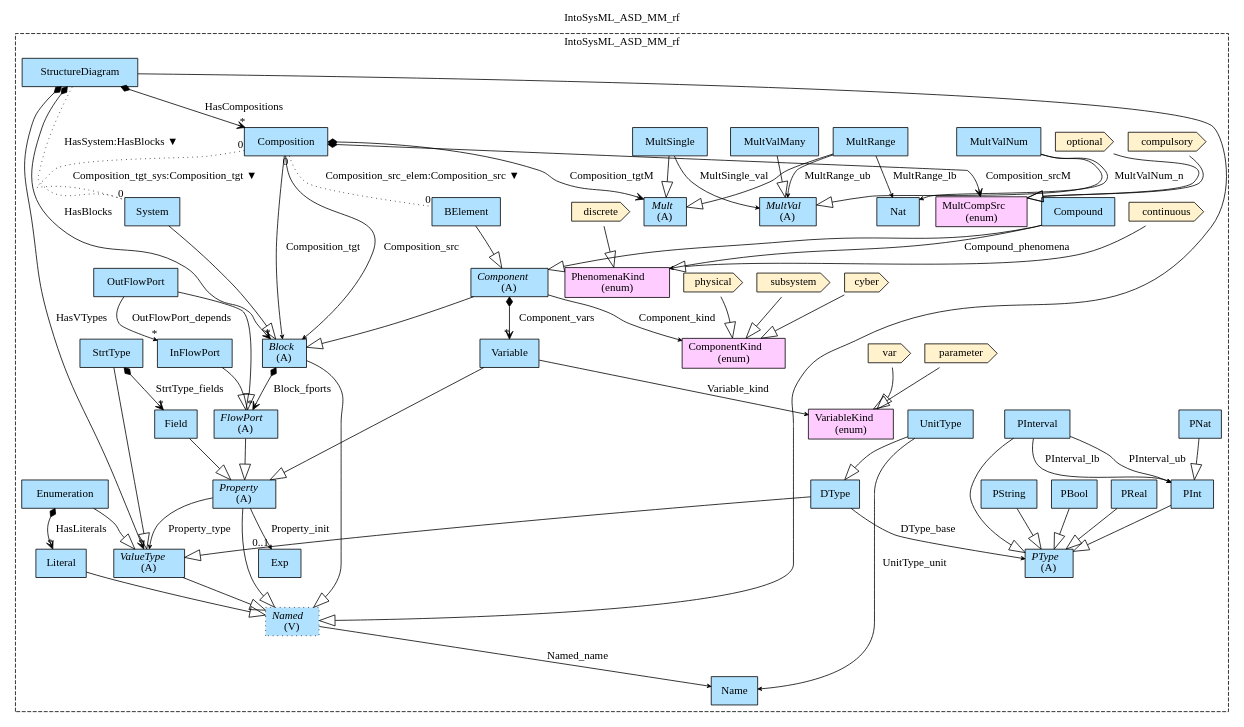
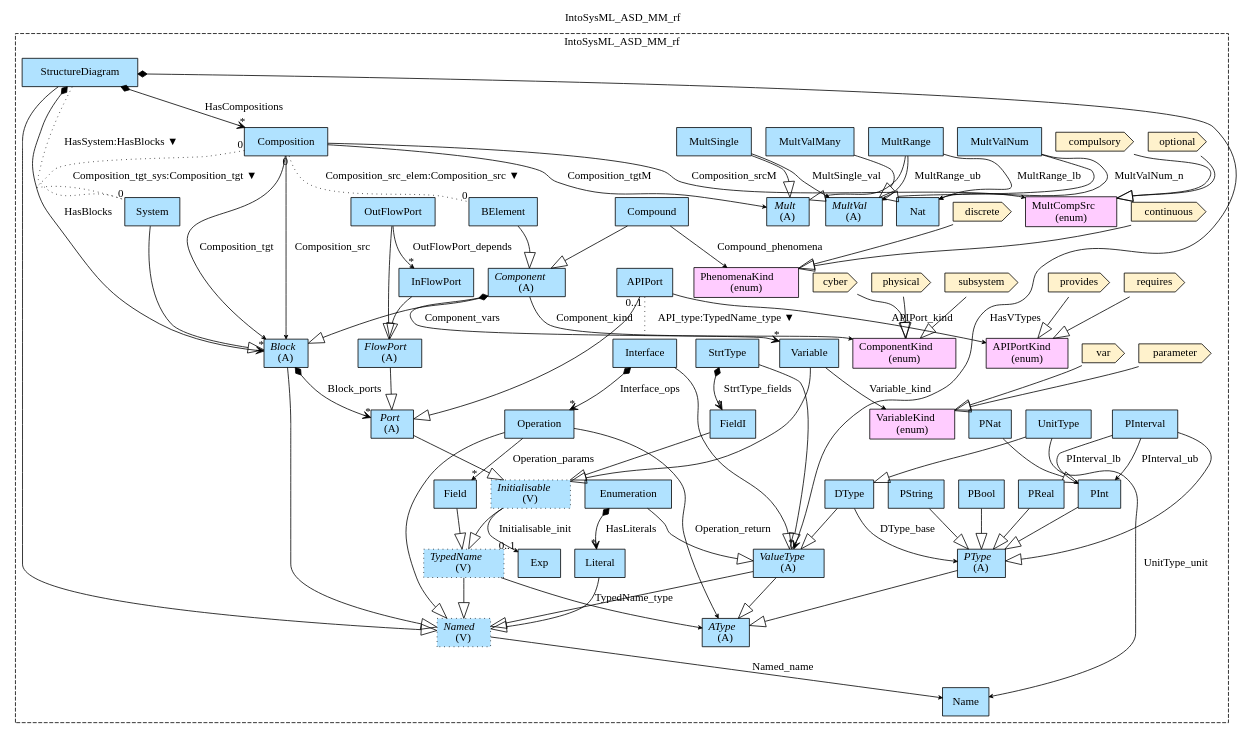
Before and after one commit to namalio/Fragmenta: the diagram in Haskell/IntoSysML/MM/img/IntoSysML_ASD_MM_rf.gv, drawn with Graphviz. The commit also changed 129 other files, not shown here.

```diff
--- a/Haskell/IntoSysML/MM/img/IntoSysML_ASD_MM_rf.gv
+++ b/Haskell/IntoSysML/MM/img/IntoSysML_ASD_MM_rf.gv
@@ -1,121 +1,146 @@
 digraph {graph[label=IntoSysML_ASD_MM_rf,labelloc=tl,labelfontsize=12];
 subgraph cluster_IntoSysML_ASD_MM_rf{style=dashed;label=IntoSysML_ASD_MM_rf;
 "PNat"[shape=record,fillcolor=lightskyblue1,style = filled,label="PNat"];
 "PReal"[shape=record,fillcolor=lightskyblue1,style = filled,label="PReal"];
 "PBool"[shape=record,fillcolor=lightskyblue1,style = filled,label="PBool"];
 "PString"[shape=record,fillcolor=lightskyblue1,style = filled,label="PString"];
 "PInterval"[shape=record,fillcolor=lightskyblue1,style = filled,label="PInterval"];
 "PInt"[shape=record,fillcolor=lightskyblue1,style = filled,label="PInt"];
 "var"[shape=cds,fillcolor="#FFF2CC",style = filled,label="var"];
 "parameter"[shape=cds,fillcolor="#FFF2CC",style = filled,label="parameter"];
 "VariableKind"[shape=record,fillcolor="#FFCCFF",style = filled,label="VariableKind\l(enum)"];
 "Exp"[shape=record,fillcolor=lightskyblue1,style = filled,label="Exp"];
-"Property"[shape=record,fillcolor=lightskyblue1,style = filled,label=<{<I>Property</I><br/>(A)}>];
-"OutFlowPort"[shape=record,fillcolor=lightskyblue1,style = filled,label="OutFlowPort"];
-"InFlowPort"[shape=record,fillcolor=lightskyblue1,style = filled,label="InFlowPort"];
+"TypedName"[shape=record,fillcolor=lightskyblue1,style ="filled,dotted",label=<{<I>TypedName</I><br/>(V)}>];
 "DType"[shape=record,fillcolor=lightskyblue1,style = filled,label="DType"];
 "UnitType"[shape=record,fillcolor=lightskyblue1,style = filled,label="UnitType"];
 "Enumeration"[shape=record,fillcolor=lightskyblue1,style = filled,label="Enumeration"];
 "Literal"[shape=record,fillcolor=lightskyblue1,style = filled,label="Literal"];
 "StrtType"[shape=record,fillcolor=lightskyblue1,style = filled,label="StrtType"];
+"requires"[shape=cds,fillcolor="#FFF2CC",style = filled,label="requires"];
+"provides"[shape=cds,fillcolor="#FFF2CC",style = filled,label="provides"];
+"APIPortKind"[shape=record,fillcolor="#FFCCFF",style = filled,label="APIPortKind\l(enum)"];
+"FlowPort"[shape=record,fillcolor=lightskyblue1,style = filled,label=<{<I>FlowPort</I><br/>(A)}>];
+"OutFlowPort"[shape=record,fillcolor=lightskyblue1,style = filled,label="OutFlowPort"];
+"InFlowPort"[shape=record,fillcolor=lightskyblue1,style = filled,label="InFlowPort"];
+"Operation"[shape=record,fillcolor=lightskyblue1,style = filled,label="Operation"];
 "cyber"[shape=cds,fillcolor="#FFF2CC",style = filled,label="cyber"];
 "subsystem"[shape=cds,fillcolor="#FFF2CC",style = filled,label="subsystem"];
 "physical"[shape=cds,fillcolor="#FFF2CC",style = filled,label="physical"];
 "Component"[shape=record,fillcolor=lightskyblue1,style = filled,label=<{<I>Component</I><br/>(A)}>];
 "ComponentKind"[shape=record,fillcolor="#FFCCFF",style = filled,label="ComponentKind\l(enum)"];
 "discrete"[shape=cds,fillcolor="#FFF2CC",style = filled,label="discrete"];
 "continuous"[shape=cds,fillcolor="#FFF2CC",style = filled,label="continuous"];
 "Compound"[shape=record,fillcolor=lightskyblue1,style = filled,label="Compound"];
 "PhenomenaKind"[shape=record,fillcolor="#FFCCFF",style = filled,label="PhenomenaKind\l(enum)"];
 "optional"[shape=cds,fillcolor="#FFF2CC",style = filled,label="optional"];
 "compulsory"[shape=cds,fillcolor="#FFF2CC",style = filled,label="compulsory"];
 "MultCompSrc"[shape=record,fillcolor="#FFCCFF",style = filled,label="MultCompSrc\l(enum)"];
 "Mult"[shape=record,fillcolor=lightskyblue1,style = filled,label=<{<I>Mult</I><br/>(A)}>];
 "MultValMany"[shape=record,fillcolor=lightskyblue1,style = filled,label="MultValMany"];
 "MultValNum"[shape=record,fillcolor=lightskyblue1,style = filled,label="MultValNum"];
 "Nat"[shape=record,fillcolor=lightskyblue1,style = filled,label="Nat"];
 "MultSingle"[shape=record,fillcolor=lightskyblue1,style = filled,label="MultSingle"];
 "MultRange"[shape=record,fillcolor=lightskyblue1,style = filled,label="MultRange"];
 "MultVal"[shape=record,fillcolor=lightskyblue1,style = filled,label=<{<I>MultVal</I><br/>(A)}>];
+"FieldI"[shape=record,fillcolor=lightskyblue1,style = filled,label="FieldI"];
+"PType"[shape=record,fillcolor=lightskyblue1,style = filled,label=<{<I>PType</I><br/>(A)}>];
+"Name"[shape=record,fillcolor=lightskyblue1,style = filled,label="Name"];
+"Initialisable"[shape=record,fillcolor=lightskyblue1,style ="filled,dotted",label=<{<I>Initialisable</I><br/>(V)}>];
 "ValueType"[shape=record,fillcolor=lightskyblue1,style = filled,label=<{<I>ValueType</I><br/>(A)}>];
+"AType"[shape=record,fillcolor=lightskyblue1,style = filled,label=<{<I>AType</I><br/>(A)}>];
 "Named"[shape=record,fillcolor=lightskyblue1,style ="filled,dotted",label=<{<I>Named</I><br/>(V)}>];
 "Field"[shape=record,fillcolor=lightskyblue1,style = filled,label="Field"];
-"PType"[shape=record,fillcolor=lightskyblue1,style = filled,label=<{<I>PType</I><br/>(A)}>];
-"Name"[shape=record,fillcolor=lightskyblue1,style = filled,label="Name"];
-"FlowPort"[shape=record,fillcolor=lightskyblue1,style = filled,label=<{<I>FlowPort</I><br/>(A)}>];
+"Port"[shape=record,fillcolor=lightskyblue1,style = filled,label=<{<I>Port</I><br/>(A)}>];
 "Variable"[shape=record,fillcolor=lightskyblue1,style = filled,label="Variable"];
 "Block"[shape=record,fillcolor=lightskyblue1,style = filled,label=<{<I>Block</I><br/>(A)}>];
 "StructureDiagram"[shape=record,fillcolor=lightskyblue1,style = filled,label="StructureDiagram"];
 "System"[shape=record,fillcolor=lightskyblue1,style = filled,label="System"];
 "Composition"[shape=record,fillcolor=lightskyblue1,style = filled,label="Composition"];
 "BElement"[shape=record,fillcolor=lightskyblue1,style = filled,label="BElement"];
+"APIPort"[shape=record,fillcolor=lightskyblue1,style = filled,label="APIPort"];
+"Interface"[shape=record,fillcolor=lightskyblue1,style = filled,label="Interface"];
 
 "Named"->"Name"[label="Named_name",arrowhead=vee,headlabel="",arrowsize=.5];
 "PNat"->"PInt"[arrowhead=onormal,arrowsize=2.0];
 "PInt"->"PType"[arrowhead=onormal,arrowsize=2.0];
 "PInterval"->"PType"[arrowhead=onormal,arrowsize=2.0];
 "PReal"->"PType"[arrowhead=onormal,arrowsize=2.0];
 "PBool"->"PType"[arrowhead=onormal,arrowsize=2.0];
 "PString"->"PType"[arrowhead=onormal,arrowsize=2.0];
 "PInterval"->"PInt"[label="PInterval_lb",arrowhead=vee,headlabel="",arrowsize=.5];
 "PInterval"->"PInt"[label="PInterval_ub",arrowhead=vee,headlabel="",arrowsize=.5];
+"PType"->"AType"[arrowhead=onormal,arrowsize=2.0];
 "StructureDiagram"->"Block"[label="HasBlocks",arrowhead=vee,arrowtail=diamond,dir=both,headlabel="*"];
 "StructureDiagram"->"ValueType"[label="HasVTypes",arrowhead=vee,arrowtail=diamond,dir=both,headlabel="*"];
 "StructureDiagram"->"Composition"[label="HasCompositions",arrowhead=vee,arrowtail=diamond,dir=both,headlabel="*"];
 "StructureDiagram"->"Named"[arrowhead=onormal,arrowsize=2.0];
 "Block"->"Named"[arrowhead=onormal,arrowsize=2.0];
 "ValueType"->"Named"[arrowhead=onormal,arrowsize=2.0];
+"ValueType"->"AType"[arrowhead=onormal,arrowsize=2.0];
 "var"->"VariableKind"[arrowhead=onormal,arrowsize=2.0];
 "parameter"->"VariableKind"[arrowhead=onormal,arrowsize=2.0];
 "Variable"->"VariableKind"[label="Variable_kind",arrowhead=vee,headlabel="",arrowsize=.5];
-"Property"->"ValueType"[label="Property_type",arrowhead=vee,headlabel="",arrowsize=.5];
-"Property"->"Exp"[label="Property_init",arrowhead=vee,headlabel="0..1",arrowsize=.5];
-"Property"->"Named"[arrowhead=onormal,arrowsize=2.0];
-"Field"->"Property"[arrowhead=onormal,arrowsize=2.0];
-"FlowPort"->"Property"[arrowhead=onormal,arrowsize=2.0];
-"Variable"->"Property"[arrowhead=onormal,arrowsize=2.0];
-"InFlowPort"->"FlowPort"[arrowhead=onormal,arrowsize=2.0];
-"OutFlowPort"->"FlowPort"[arrowhead=onormal,arrowsize=2.0];
-"OutFlowPort"->"InFlowPort"[label="OutFlowPort_depends",arrowhead=vee,headlabel="*",arrowsize=.5];
+"TypedName"->"AType"[label="TypedName_type",arrowhead=vee,headlabel="",arrowsize=.5];
+"Initialisable"->"Exp"[label="Initialisable_init",arrowhead=vee,headlabel="0..1",arrowsize=.5];
+"TypedName"->"Named"[arrowhead=onormal,arrowsize=2.0];
+"Field"->"TypedName"[arrowhead=onormal,arrowsize=2.0];
+"Initialisable"->"TypedName"[arrowhead=onormal,arrowsize=2.0];
+"FieldI"->"Initialisable"[arrowhead=onormal,arrowsize=2.0];
+"Variable"->"Initialisable"[arrowhead=onormal,arrowsize=2.0];
 "DType"->"PType"[label="DType_base",arrowhead=vee,headlabel="",arrowsize=.5];
 "DType"->"ValueType"[arrowhead=onormal,arrowsize=2.0];
 "UnitType"->"DType"[arrowhead=onormal,arrowsize=2.0];
 "UnitType"->"Name"[label="UnitType_unit",arrowhead=vee,headlabel="",arrowsize=.5];
 "Enumeration"->"Literal"[label="HasLiterals",arrowhead=vee,arrowtail=diamond,dir=both,headlabel="*"];
 "Enumeration"->"ValueType"[arrowhead=onormal,arrowsize=2.0];
 "StrtType"->"ValueType"[arrowhead=onormal,arrowsize=2.0];
 "Literal"->"Named"[arrowhead=onormal,arrowsize=2.0];
-"StrtType"->"Field"[label="StrtType_fields",arrowhead=vee,arrowtail=diamond,dir=both,headlabel="*"];
+"StrtType"->"FieldI"[label="StrtType_fields",arrowhead=vee,arrowtail=diamond,dir=both,headlabel="*"];
+"requires"->"APIPortKind"[arrowhead=onormal,arrowsize=2.0];
+"provides"->"APIPortKind"[arrowhead=onormal,arrowsize=2.0];
+"APIPort"->"APIPortKind"[label="APIPort_kind",arrowhead=vee,headlabel="",arrowsize=.5];
+"Port"->"Initialisable"[arrowhead=onormal,arrowsize=2.0];
+"FlowPort"->"Port"[arrowhead=onormal,arrowsize=2.0];
+"APIPort"->"Port"[arrowhead=onormal,arrowsize=2.0];
+"InFlowPort"->"FlowPort"[arrowhead=onormal,arrowsize=2.0];
+"OutFlowPort"->"FlowPort"[arrowhead=onormal,arrowsize=2.0];
+"OutFlowPort"->"InFlowPort"[label="OutFlowPort_depends",arrowhead=vee,headlabel="*",arrowsize=.5];
+"Interface"->"ValueType"[arrowhead=onormal,arrowsize=2.0];
+"Operation"->"Named"[arrowhead=onormal,arrowsize=2.0];
+"Interface"->"Operation"[label="Interface_ops",arrowhead=vee,arrowtail=diamond,dir=both,headlabel="*"];
+"Operation"->"AType"[label="Operation_return",arrowhead=vee,headlabel="",arrowsize=.5];
+"Operation"->"Field"[label="Operation_params",arrowhead=vee,headlabel="*",arrowsize=.5];
 "System"->"Block"[arrowhead=onormal,arrowsize=2.0];
 "Component"->"Block"[arrowhead=onormal,arrowsize=2.0];
-"Block"->"FlowPort"[label="Block_fports",arrowhead=vee,arrowtail=diamond,dir=both,headlabel="*"];
+"Block"->"Port"[label="Block_ports",arrowhead=vee,arrowtail=diamond,dir=both,headlabel="*"];
 "Component"->"Variable"[label="Component_vars",arrowhead=vee,arrowtail=diamond,dir=both,headlabel="*"];
 "Compound"->"Component"[arrowhead=onormal,arrowsize=2.0];
 "BElement"->"Component"[arrowhead=onormal,arrowsize=2.0];
 "cyber"->"ComponentKind"[arrowhead=onormal,arrowsize=2.0];
 "subsystem"->"ComponentKind"[arrowhead=onormal,arrowsize=2.0];
 "physical"->"ComponentKind"[arrowhead=onormal,arrowsize=2.0];
 "Component"->"ComponentKind"[label="Component_kind",arrowhead=vee,headlabel="",arrowsize=.5];
 "discrete"->"PhenomenaKind"[arrowhead=onormal,arrowsize=2.0];
 "continuous"->"PhenomenaKind"[arrowhead=onormal,arrowsize=2.0];
 "Compound"->"PhenomenaKind"[label="Compound_phenomena",arrowhead=vee,headlabel="",arrowsize=.5];
 "Composition"->"Block"[label="Composition_src",arrowhead=vee,headlabel="",arrowsize=.5];
 "Composition"->"Block"[label="Composition_tgt",arrowhead=vee,headlabel="",arrowsize=.5];
 "optional"->"MultCompSrc"[arrowhead=onormal,arrowsize=2.0];
 "compulsory"->"MultCompSrc"[arrowhead=onormal,arrowsize=2.0];
-"Composition"->"MultCompSrc"[label="Composition_srcM",arrowhead=vee,arrowtail=diamond,dir=both,headlabel=""];
-"Composition"->"Mult"[label="Composition_tgtM",arrowhead=vee,arrowtail=diamond,dir=both,headlabel=""];
+"Composition"->"MultCompSrc"[label="Composition_srcM",arrowhead=vee,headlabel="",arrowsize=.5];
+"Composition"->"Mult"[label="Composition_tgtM",arrowhead=vee,headlabel="",arrowsize=.5];
 "MultSingle"->"Mult"[arrowhead=onormal,arrowsize=2.0];
 "MultRange"->"Mult"[arrowhead=onormal,arrowsize=2.0];
 "MultValNum"->"MultVal"[arrowhead=onormal,arrowsize=2.0];
 "MultValMany"->"MultVal"[arrowhead=onormal,arrowsize=2.0];
 "MultRange"->"Nat"[label="MultRange_lb",arrowhead=vee,headlabel="",arrowsize=.5];
 "MultValNum"->"Nat"[label="MultValNum_n",arrowhead=vee,headlabel="",arrowsize=.5];
 "MultSingle"->"MultVal"[label="MultSingle_val",arrowhead=vee,headlabel="",arrowsize=.5];
 "MultRange"->"MultVal"[label="MultRange_ub",arrowhead=vee,headlabel="",arrowsize=.5];
 "StructureDiagram"->"System"[label="HasSystem:HasBlocks ▼",dir=none,taillabel="",headlabel="",style=dotted];
 "Composition"->"System"[label="Composition_tgt_sys:Composition_tgt ▼",dir=none,taillabel="0",headlabel="0",style=dotted];
 "Composition"->"BElement"[label="Composition_src_elem:Composition_src ▼",dir=none,taillabel="0",headlabel="0",style=dotted];
+"APIPort"->"Interface"[label="API_type:TypedName_type ▼",dir=none,taillabel="0..1",headlabel="",style=dotted];
 
 }
 }
```
